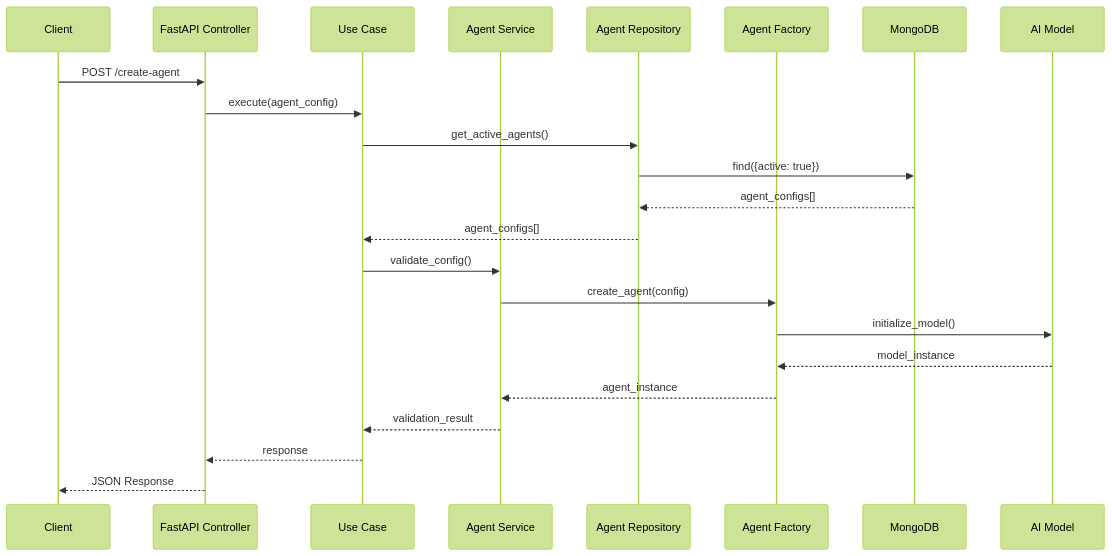
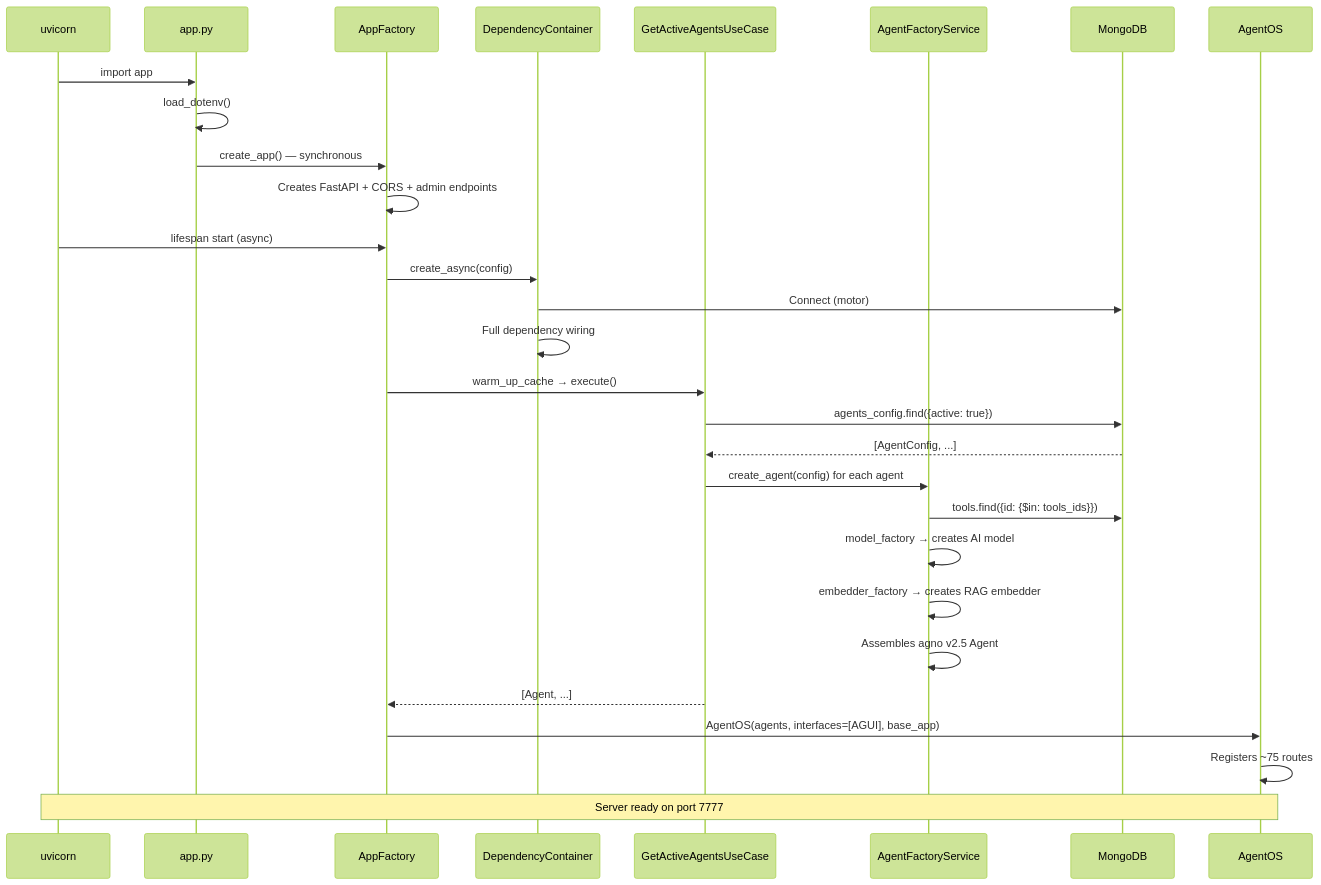
Before and after one commit to Mosfet04/orquestradorIAPythonArgo: the second of 3 diagrams in README.en.md, drawn with Mermaid (forest theme). The commit also changed other lines of this file and 62 other files, not shown here.

First line of the commit message:
Migração Agno v2.5 + Arquitetura Hexagonal + Performance Async (#4)

````diff
--- a/README.en.md
+++ b/README.en.md
@@ -162,26 +259,32 @@
 ```mermaid
 sequenceDiagram
-    participant C as Client
-    participant API as FastAPI Controller
-    participant UC as Use Case
-    participant AS as Agent Service
-    participant AR as Agent Repository
-    participant AF as Agent Factory
-    participant DB as MongoDB
-    participant AI as AI Model
+    participant U as uvicorn
+    participant A as app.py
+    participant F as AppFactory
+    participant DI as DependencyContainer
+    participant UC as GetActiveAgentsUseCase
+    participant AF as AgentFactoryService
+    participant MDB as MongoDB
+    participant OS as AgentOS
 
-    C->>API: POST /create-agent
-    API->>UC: execute(agent_config)
-    UC->>AR: get_active_agents()
-    AR->>DB: find({active: true})
-    DB-->>AR: agent_configs[]
-    AR-->>UC: agent_configs[]
-    UC->>AS: validate_config()
-    AS->>AF: create_agent(config)
-    AF->>AI: initialize_model()
-    AI-->>AF: model_instance
-    AF-->>AS: agent_instance
-    AS-->>UC: validation_result
-    UC-->>API: response
-    API-->>C: JSON Response
+    U->>A: import app
+    A->>A: load_dotenv()
+    A->>F: create_app() — synchronous
+    F->>F: Creates FastAPI + CORS + admin endpoints
+    U->>F: lifespan start (async)
+    F->>DI: create_async(config)
+    DI->>MDB: Connect (motor)
+    DI->>DI: Full dependency wiring
+    F->>UC: warm_up_cache → execute()
+    UC->>MDB: agents_config.find({active: true})
+    MDB-->>UC: [AgentConfig, ...]
+    UC->>AF: create_agent(config) for each agent
+    AF->>MDB: tools.find({id: {$in: tools_ids}})
+    AF->>AF: model_factory → creates AI model
+    AF->>AF: embedder_factory → creates RAG embedder
+    AF->>AF: Assembles agno v2.5 Agent
+    UC-->>F: [Agent, ...]
+    F->>OS: AgentOS(agents, interfaces=[AGUI], base_app)
+    OS->>OS: Registers ~75 routes
+    Note over U,OS: Server ready on port 7777
 ```
````
